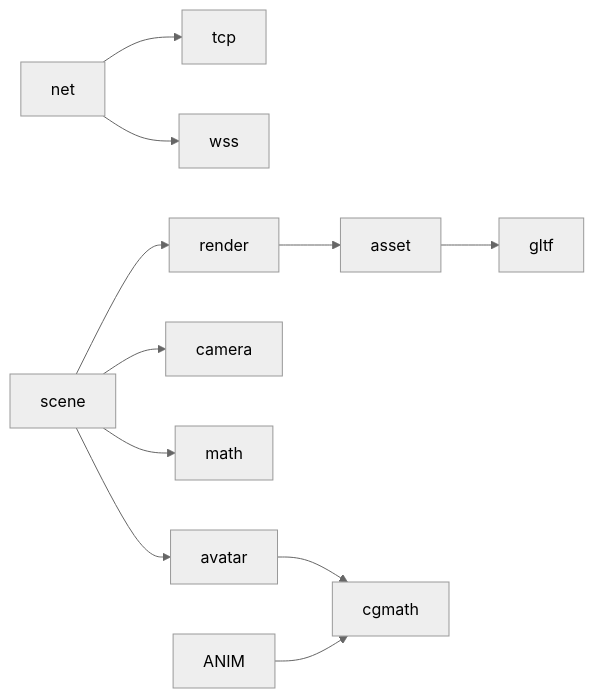
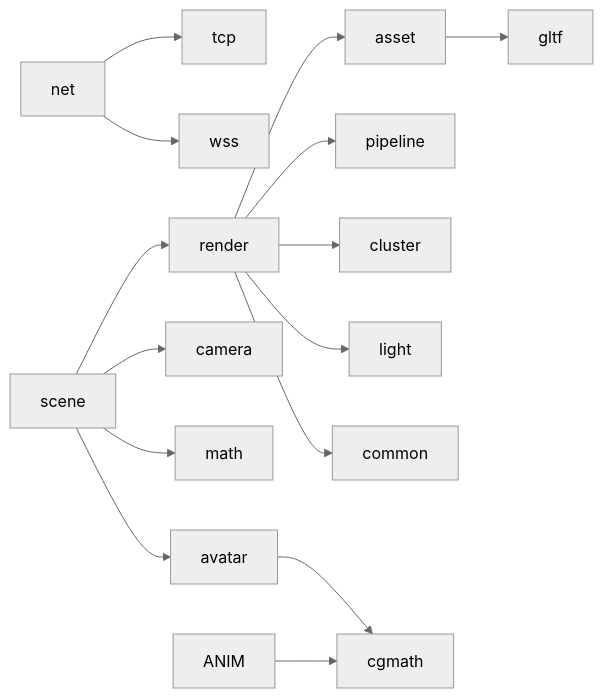
The seventh of 7 diagrams in .qoder/repowiki/zh/content/扩展开发.md (qianqians/geese), drawn with Mermaid (neutral theme) before and after one commit. The commit also changed other lines of this file and 23 other files, not shown here.

````diff
--- a/.qoder/repowiki/zh/content/扩展开发.md
+++ b/.qoder/repowiki/zh/content/扩展开发.md
@@ -412,13 +503,17 @@
 ```mermaid
 graph LR
 NET["net"] --> TCP["tcp"]
 NET --> WSS["wss"]
 SCENE["scene"] --> RENDER["render"]
 RENDER --> ASSET["asset"]
 SCENE --> CAMERA["camera"]
 SCENE --> MATH["math"]
 SCENE --> AVATAR["avatar"]
+RENDER --> PIPELINE["pipeline"]
+RENDER --> CLUSTER["cluster"]
+RENDER --> LIGHT["light"]
+RENDER --> COMMON["common"]
 AVATAR --> CGMATH["cgmath"]
 ANIM --> CGMATH
 ASSET --> GLTF["gltf"]
 ```
````
